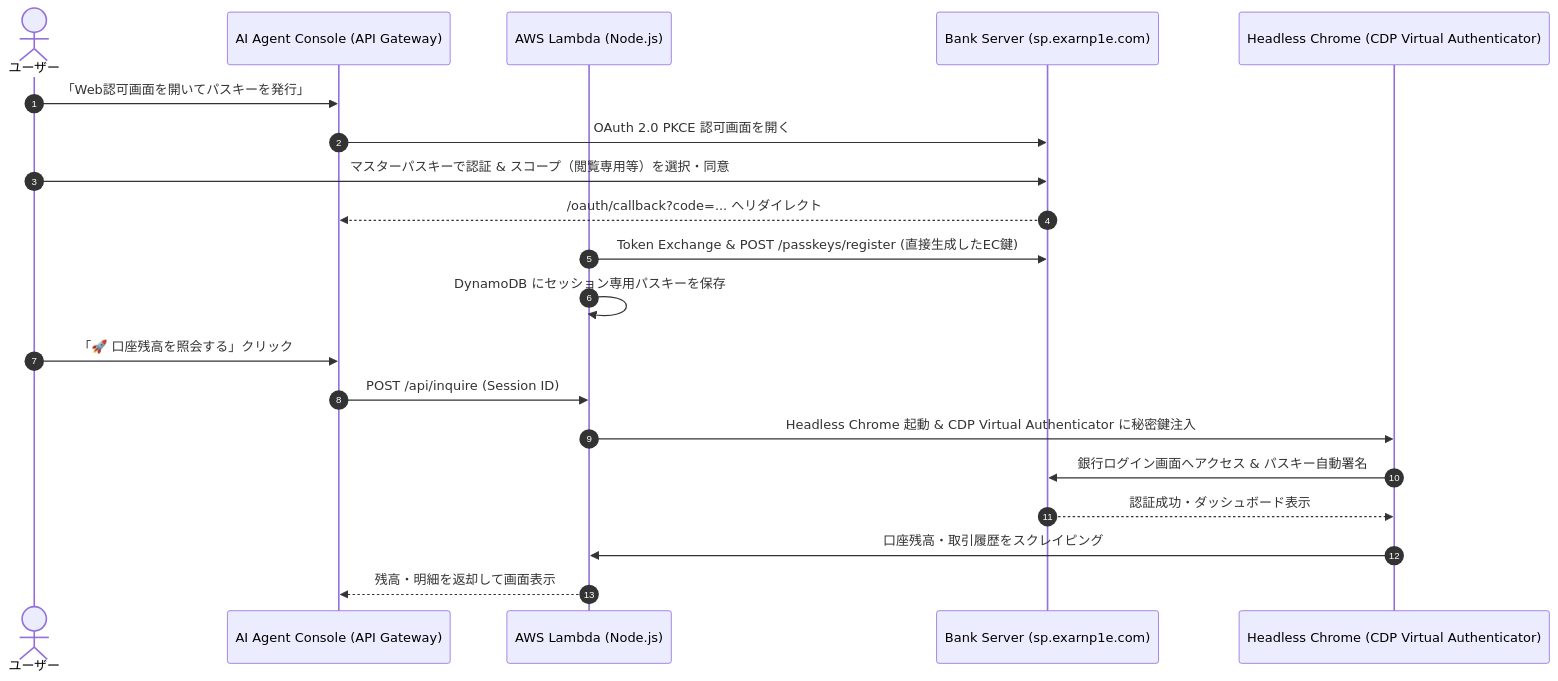
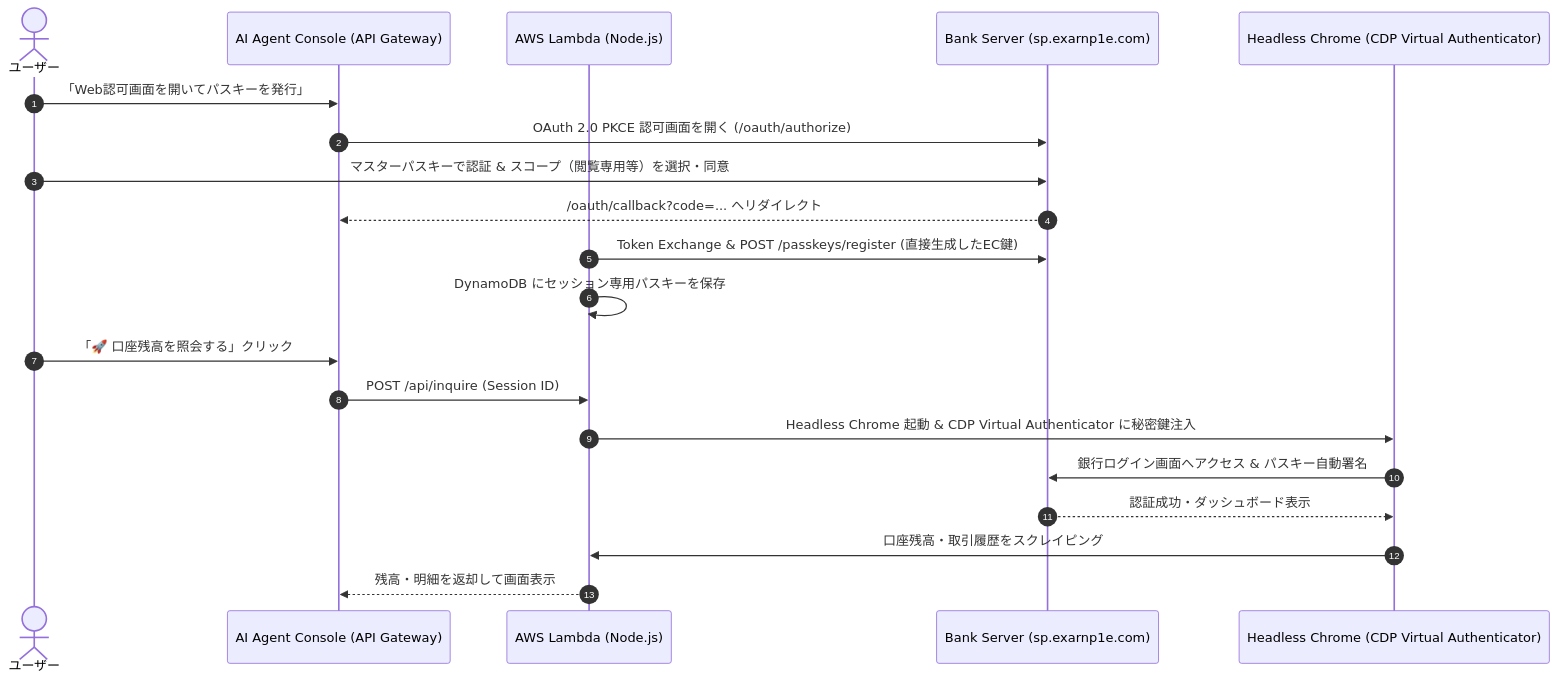
One commit to kkoiwai/scoped-passkey-demo- changed the first of 2 diagrams in README.md. Above: the diagram before and after it, drawn with Mermaid. The commit also changed other lines of this file, not shown here.

````diff
--- a/README.md
+++ b/README.md
@@ -104,24 +72,24 @@
 ```mermaid
 sequenceDiagram
     autonumber
     actor User as ユーザー
     participant Console as AI Agent Console (API Gateway)
     participant Lambda as AWS Lambda (Node.js)
     participant Bank as Bank Server (sp.exarnp1e.com)
     participant Chrome as Headless Chrome (CDP Virtual Authenticator)
 
     User->>Console: 「Web認可画面を開いてパスキーを発行」
-    Console->>Bank: OAuth 2.0 PKCE 認可画面を開く
+    Console->>Bank: OAuth 2.0 PKCE 認可画面を開く (/oauth/authorize)
     User->>Bank: マスターパスキーで認証 & スコープ（閲覧専用等）を選択・同意
     Bank-->>Console: /oauth/callback?code=... へリダイレクト
     Lambda->>Bank: Token Exchange & POST /passkeys/register (直接生成したEC鍵)
     Lambda->>Lambda: DynamoDB にセッション専用パスキーを保存
     
     User->>Console: 「🚀 口座残高を照会する」クリック
     Console->>Lambda: POST /api/inquire (Session ID)
     Lambda->>Chrome: Headless Chrome 起動 & CDP Virtual Authenticator に秘密鍵注入
     Chrome->>Bank: 銀行ログイン画面へアクセス & パスキー自動署名
     Bank-->>Chrome: 認証成功・ダッシュボード表示
     Chrome->>Lambda: 口座残高・取引履歴をスクレイピング
     Lambda-->>Console: 残高・明細を返却して画面表示
 ```
````
